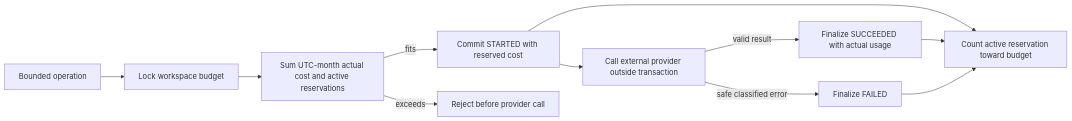
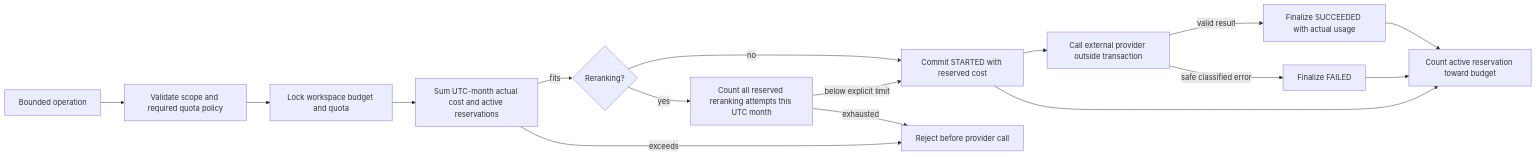
Before and after one commit to rnkraus/investment-research: the second of 2 diagrams in backend/src/investment_research/modules/operations/README.md, drawn with Mermaid. The commit also changed other lines of this file and 2 other files, not shown here.

First line of the commit message:
docs(rag): document local reranking quota safeguards

````diff
--- a/backend/src/investment_research/modules/operations/README.md
+++ b/backend/src/investment_research/modules/operations/README.md
@@ -31,13 +31,18 @@
 ```mermaid
 flowchart LR
-    REQUEST[Bounded operation] --> LOCK[Lock workspace budget]
+    REQUEST[Bounded operation] --> POLICY[Validate scope and required quota policy]
+    POLICY --> LOCK[Lock workspace budget and quota]
     LOCK --> SUM[Sum UTC-month actual cost and active reservations]
-    SUM -->|fits| RESERVE[Commit STARTED with reserved cost]
+    SUM -->|fits| KIND{Reranking?}
     SUM -->|exceeds| REJECT[Reject before provider call]
+    KIND -->|no| RESERVE[Commit STARTED with reserved cost]
+    KIND -->|yes| QUOTA[Count all reserved reranking attempts this UTC month]
+    QUOTA -->|below explicit limit| RESERVE
+    QUOTA -->|exhausted| REJECT
     RESERVE --> CALL[Call external provider outside transaction]
     CALL -->|valid result| SUCCESS[Finalize SUCCEEDED with actual usage]
     CALL -->|safe classified error| FAILURE[Finalize FAILED]
     RESERVE --> BUDGET[Count active reservation toward budget]
     SUCCESS --> BUDGET
     FAILURE --> BUDGET
 ```
````
